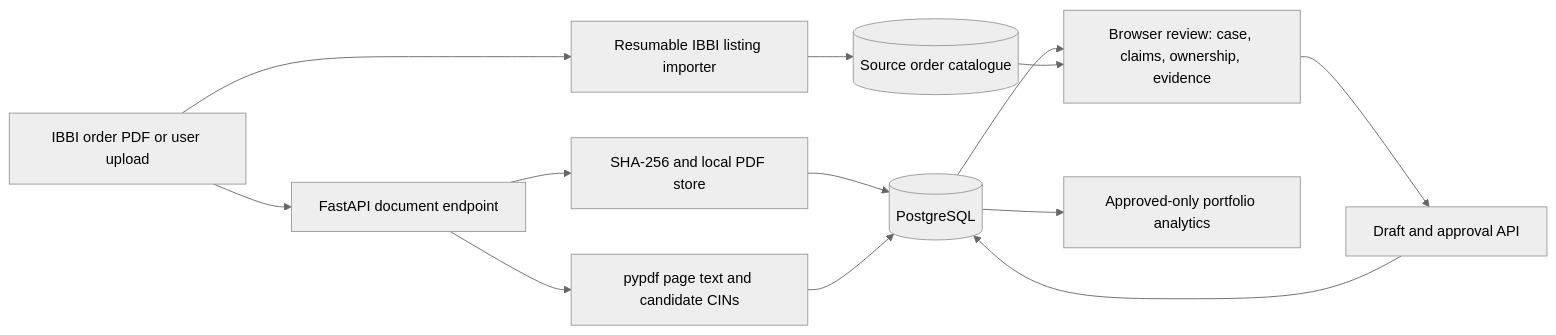
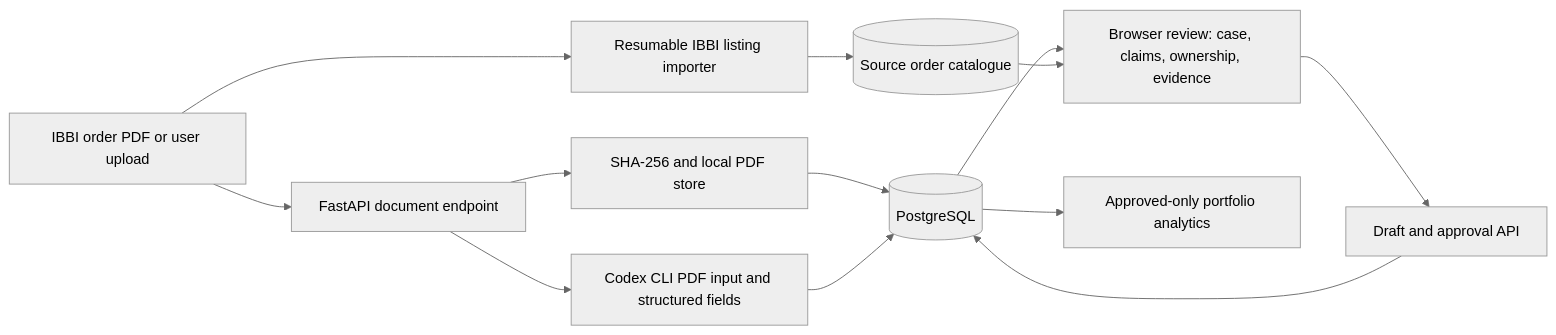
Before and after one commit to sahilgarg01/ibc: the diagram in docs/architecture.md, drawn with Mermaid (neutral theme). The commit also changed other lines of this file and 40 other files, not shown here.

Commit message:
fetch fields using codex

````diff
--- a/docs/architecture.md
+++ b/docs/architecture.md
@@ -5,15 +5,15 @@
 ```mermaid
 flowchart LR
     A[IBBI order PDF or user upload] --> B[FastAPI document endpoint]
     B --> C[SHA-256 and local PDF store]
-    B --> D[pypdf page text and candidate CINs]
+    B --> D[Codex CLI PDF input and structured fields]
     C --> E[(PostgreSQL)]
     D --> E
     E --> F[Browser review: case, claims, ownership, evidence]
     F --> G[Draft and approval API]
     G --> E
     E --> H[Approved-only portfolio analytics]
     A --> I[Resumable IBBI listing importer]
     I --> J[(Source order catalogue)]
     J --> F
 ```
````
